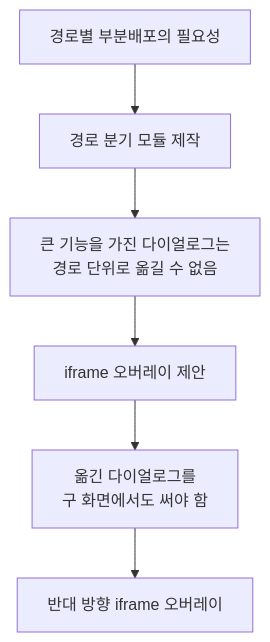
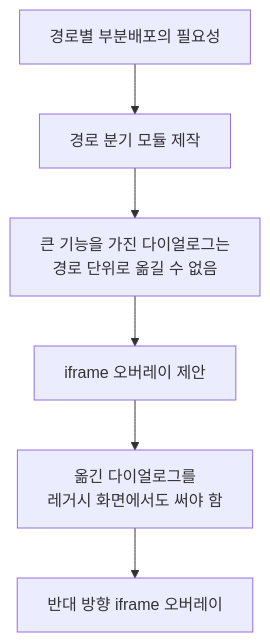
Before and after one commit to zeno0505/dev-articles: the first of 4 diagrams in _posts/2026-11-20-partial-deploy-by-path-in-nuxt4-monorepo.md, drawn with Mermaid. The commit also changed other lines of this file, not shown here.

Commit message:
부분배포 글의 「구 앱」「구 화면」을 「레거시 앱」「레거시 화면」으로 통일 (#74)

````diff
--- a/_posts/2026-11-20-partial-deploy-by-path-in-nuxt4-monorepo.md
+++ b/_posts/2026-11-20-partial-deploy-by-path-in-nuxt4-monorepo.md
@@ -32,8 +32,8 @@
 ```mermaid
 flowchart TD
   A["경로별 부분배포의 필요성"] --> B["경로 분기 모듈 제작"]
   B --> C["큰 기능을 가진 다이얼로그는<br/>경로 단위로 옮길 수 없음"]
   C --> D["iframe 오버레이 제안"]
-  D --> E["옮긴 다이얼로그를<br/>구 화면에서도 써야 함"]
+  D --> E["옮긴 다이얼로그를<br/>레거시 화면에서도 써야 함"]
   E --> F["반대 방향 iframe 오버레이"]
 ```
````
